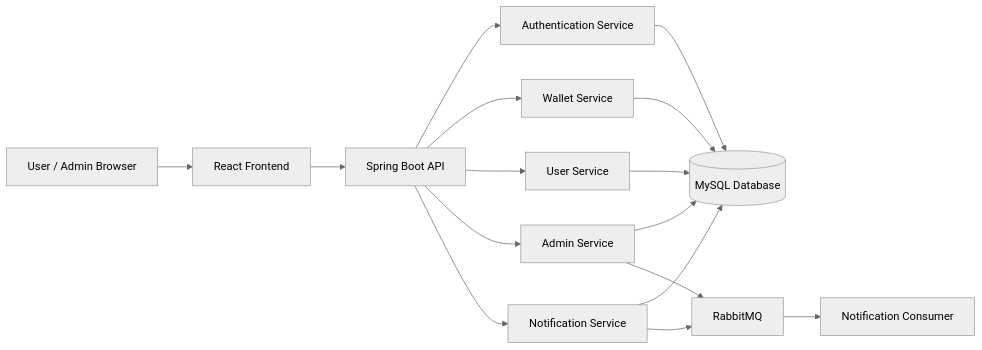
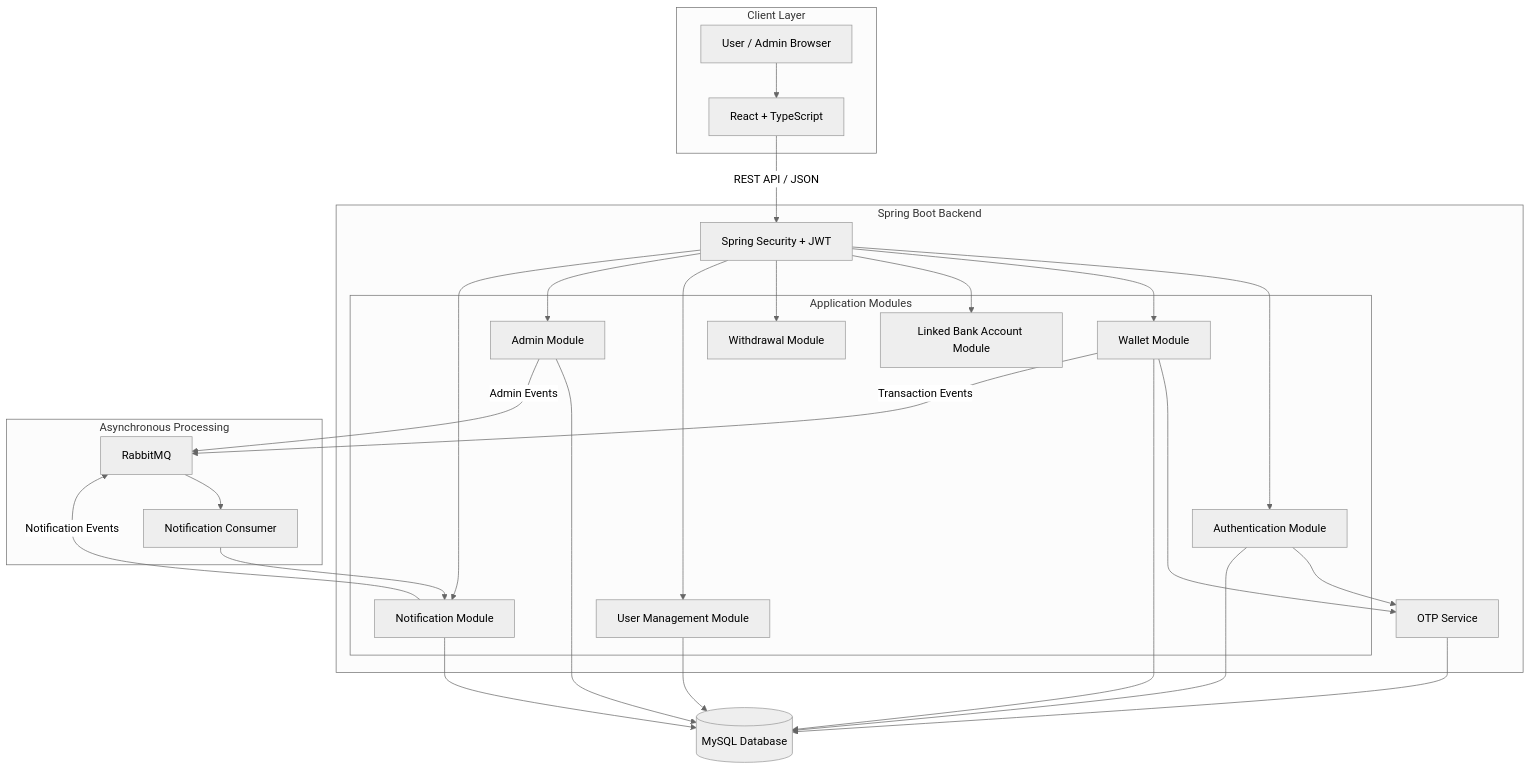
Before and after one commit to thulnm0018-code/e-wallet-system: the diagram in docs/system-architecture-diagram.md, drawn with Mermaid (neutral theme). The commit also changed 2 other files, not shown here.

Commit message:
fix: diagrams

````diff
--- a/docs/system-architecture-diagram.md
+++ b/docs/system-architecture-diagram.md
@@ -3,20 +3,73 @@
 ```mermaid
-flowchart LR
-    Client[User / Admin Browser] --> Frontend[React Frontend]
-    Frontend --> API[Spring Boot API]
-    API --> Auth[Authentication Service]
-    API --> Wallet[Wallet Service]
-    API --> UserSvc[User Service]
-    API --> AdminSvc[Admin Service]
-    API --> NotificationSvc[Notification Service]
+flowchart TB
+    %% =========================
+    %% CLIENT
+    %% =========================
 
-    Auth --> DB[(MySQL Database)]
+    subgraph CLIENT["Client Layer"]
+        Browser[User / Admin Browser]
+        Frontend[React + TypeScript]
+        Browser --> Frontend
+    end
+
+    %% =========================
+    %% BACKEND
+    %% =========================
+
+    subgraph BACKEND["Spring Boot Backend"]
+        Security[Spring Security + JWT]
+
+        subgraph MODULES["Application Modules"]
+            Auth[Authentication Module]
+            Wallet[Wallet Module]
+            LinkedBank[Linked Bank Account Module]
+            Withdrawal[Withdrawal Module]
+            UserSvc[User Management Module]
+            AdminSvc[Admin Module]
+            NotificationSvc[Notification Module]
+        end
+
+        OTP[OTP Service]
+    end
+
+    Frontend -->|REST API / JSON| Security
+    Security --> Auth
+    Security --> Wallet
+    Security --> LinkedBank
+    Security --> Withdrawal
+    Security --> UserSvc
+    Security --> AdminSvc
+    Security --> NotificationSvc
+
+    Auth --> OTP
+    Wallet --> OTP
+
+    %% =========================
+    %% DATABASE
+    %% =========================
+
+    DB[(MySQL Database)]
+
+    Auth --> DB
     Wallet --> DB
     UserSvc --> DB
     AdminSvc --> DB
     NotificationSvc --> DB
+    OTP --> DB
 
-    NotificationSvc --> MQ[RabbitMQ]
-    AdminSvc --> MQ
-    MQ --> Notify[Notification Consumer]
+    %% =========================
+    %% MESSAGE QUEUE
+    %% =========================
+
+    subgraph ASYNC["Asynchronous Processing"]
+        MQ[RabbitMQ]
+        Consumer[Notification Consumer]
+    end
+
+    Wallet -->|Transaction Events| MQ
+    AdminSvc -->|Admin Events| MQ
+    NotificationSvc -->|Notification Events| MQ
+
+    MQ --> Consumer
+    Consumer --> NotificationSvc
 ```
````
